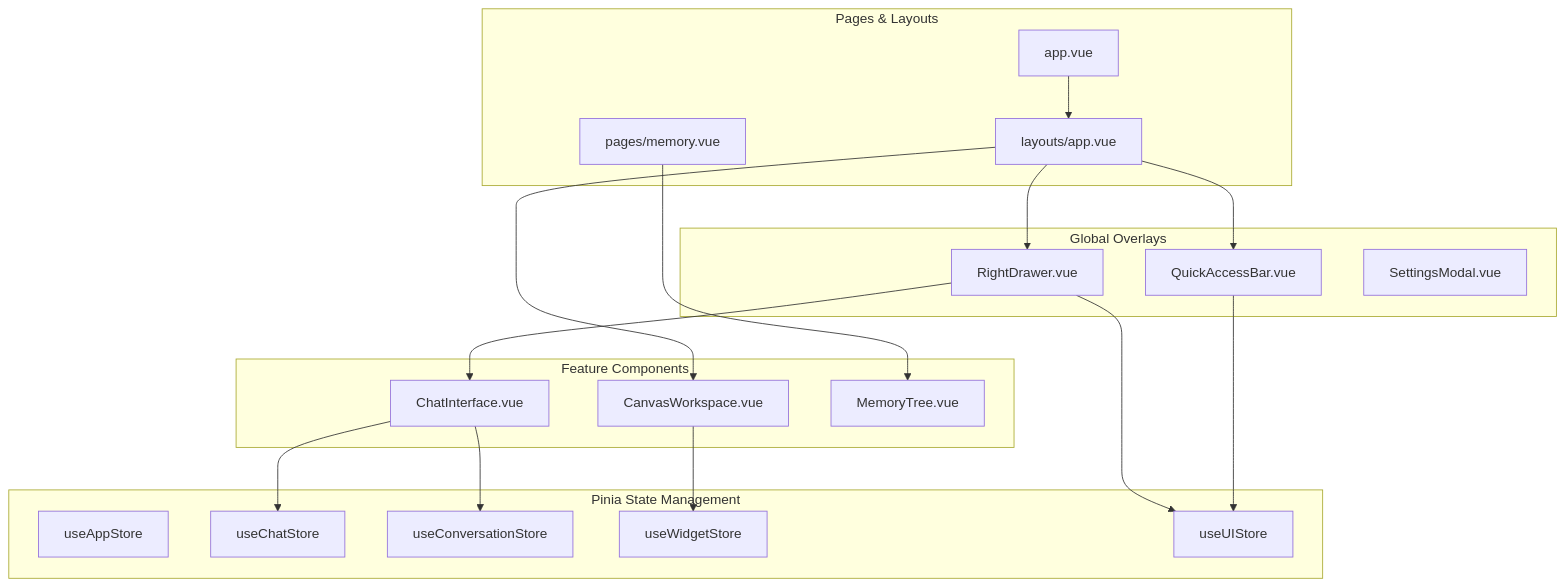
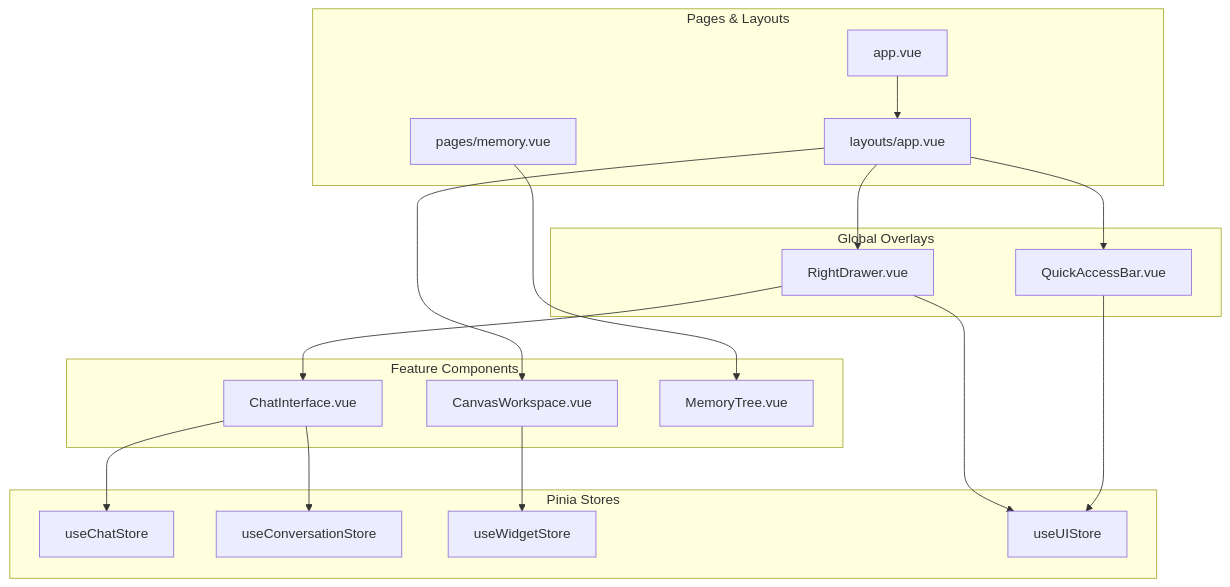
One commit to NormVg/bubbles.space changed the third of 6 diagrams in ARCHITECTURE.md. Above: the diagram before and after it, drawn with Mermaid. The commit also changed other lines of this file, not shown here.

Commit message:
docs: strictly adhere to updated living-architecture skill with precise data flows and execution traces

````diff
--- a/ARCHITECTURE.md
+++ b/ARCHITECTURE.md
@@ -64,42 +53,40 @@
 ```mermaid
 graph TD
     subgraph Pages [Pages & Layouts]
         AppVue[app.vue]
         AppLayout[layouts/app.vue]
         MemoryPage[pages/memory.vue]
     end
     
     subgraph Shared UI [Global Overlays]
         RightDrawer[RightDrawer.vue]
         QuickAccess[QuickAccessBar.vue]
-        Settings[SettingsModal.vue]
     end
     
     subgraph Core Features [Feature Components]
         CanvasWS[CanvasWorkspace.vue]
         ChatUI[ChatInterface.vue]
         MemoryTree[MemoryTree.vue]
     end
     
-    subgraph Pinia [Pinia State Management]
-        AppStore[useAppStore]
+    subgraph State Management [Pinia Stores]
         ChatStore[useChatStore]
         ConvStore[useConversationStore]
         WidgetStore[useWidgetStore]
         UIStore[useUIStore]
     end
     
     AppVue --> AppLayout
     AppLayout --> RightDrawer
     AppLayout --> CanvasWS
     AppLayout --> QuickAccess
     
     RightDrawer --> ChatUI
     MemoryPage --> MemoryTree
     
     CanvasWS --> WidgetStore
     ChatUI --> ChatStore
     ChatUI --> ConvStore
     RightDrawer --> UIStore
     QuickAccess --> UIStore
 ```
````
